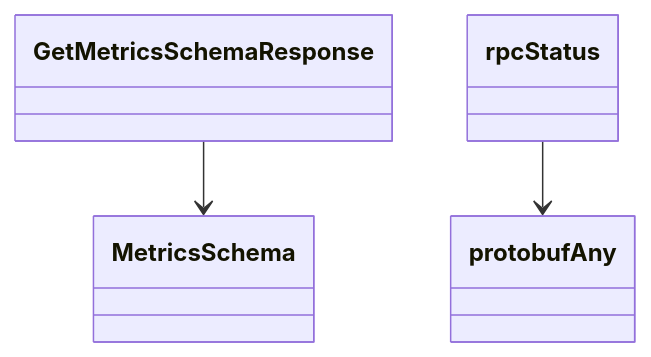
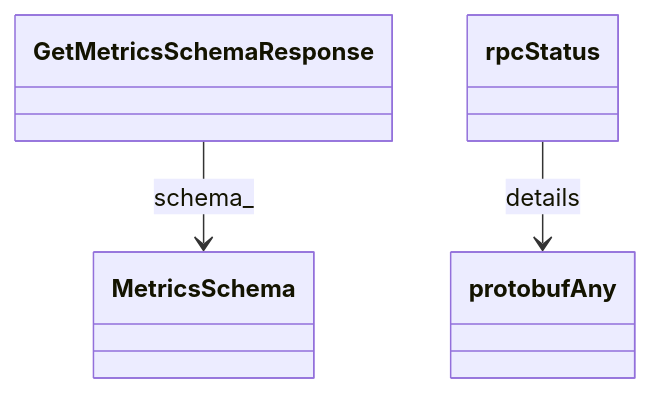
One commit to alexdearaujo/community_sdk_python changed the fourth of 4 diagrams in docs/sphinx/services/nms.md. Above: the diagram before and after it, drawn with Mermaid. The commit also changed other lines of this file and 129 other files, not shown here.

````diff
--- a/docs/sphinx/services/nms.md
+++ b/docs/sphinx/services/nms.md
@@ -97,9 +118,9 @@
 ```mermaid
 classDiagram
     class GetMetricsSchemaResponse
     class MetricsSchema
     class protobufAny
     class rpcStatus
-    GetMetricsSchemaResponse --> MetricsSchema
-    rpcStatus --> protobufAny
+    GetMetricsSchemaResponse --> MetricsSchema : schema_
+    rpcStatus --> protobufAny : details
 ```
````
